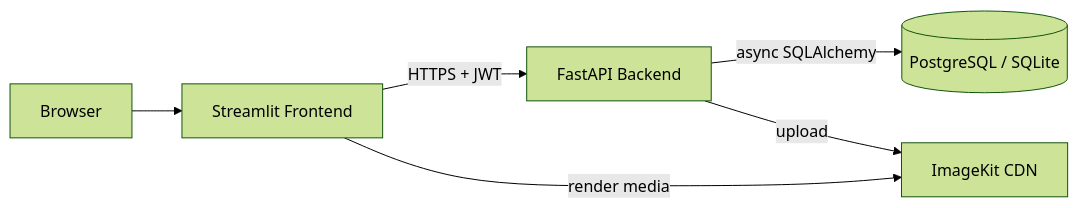
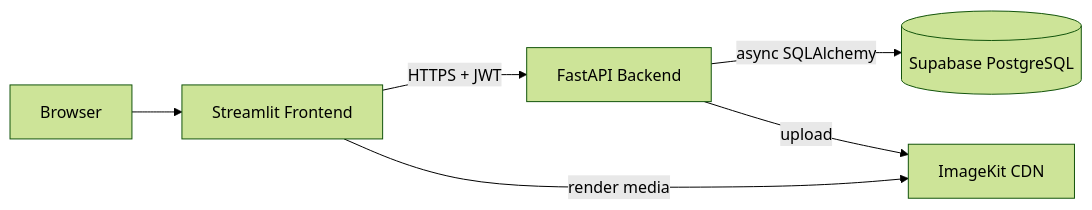
Before and after one commit to Abhigya27/MediaShare: the diagram in README.md, drawn with Mermaid (forest theme). The commit also changed other lines of this file, not shown here.

````diff
--- a/README.md
+++ b/README.md
@@ -32,8 +35,8 @@
 ```mermaid
 graph LR
     U[Browser] --> S[Streamlit Frontend]
     S -->|HTTPS + JWT| A[FastAPI Backend]
-    A -->|async SQLAlchemy| D[(PostgreSQL / SQLite)]
+    A -->|async SQLAlchemy| D[(Supabase PostgreSQL)]
     A -->|upload| I[ImageKit CDN]
     S -->|render media| I
 ```
````
